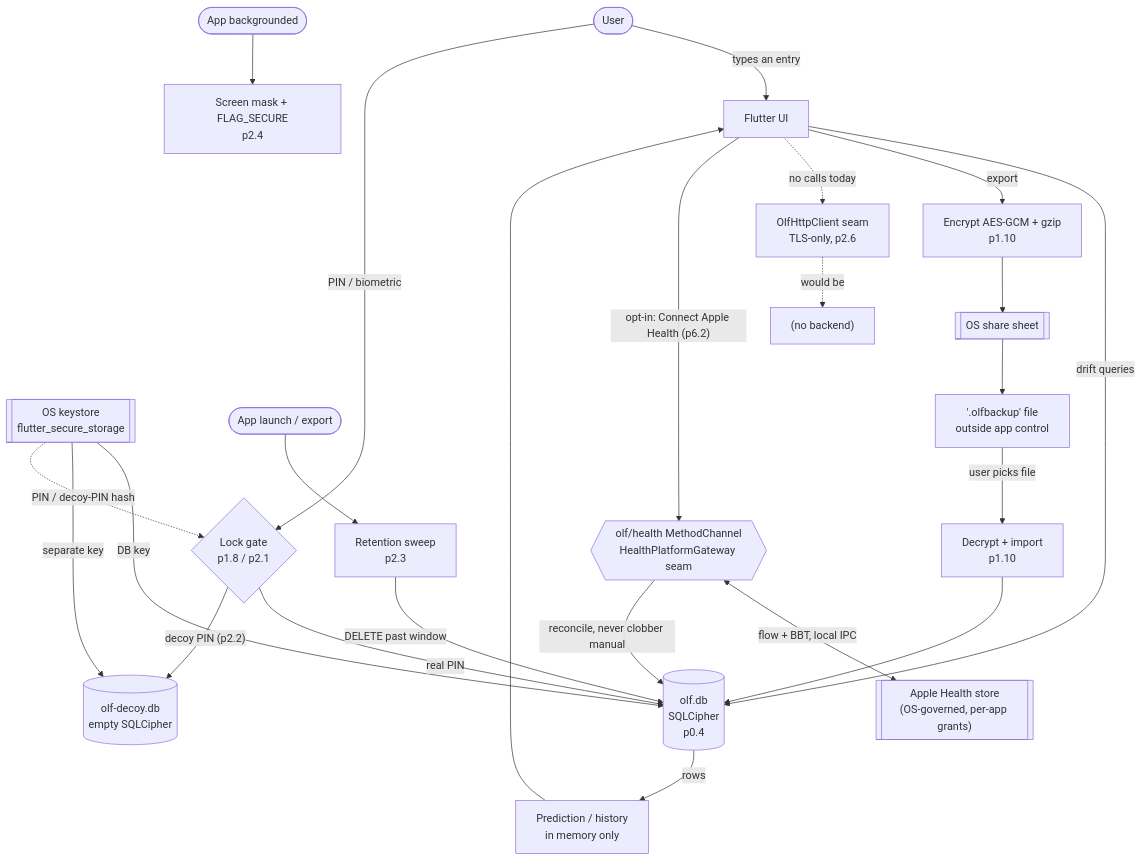
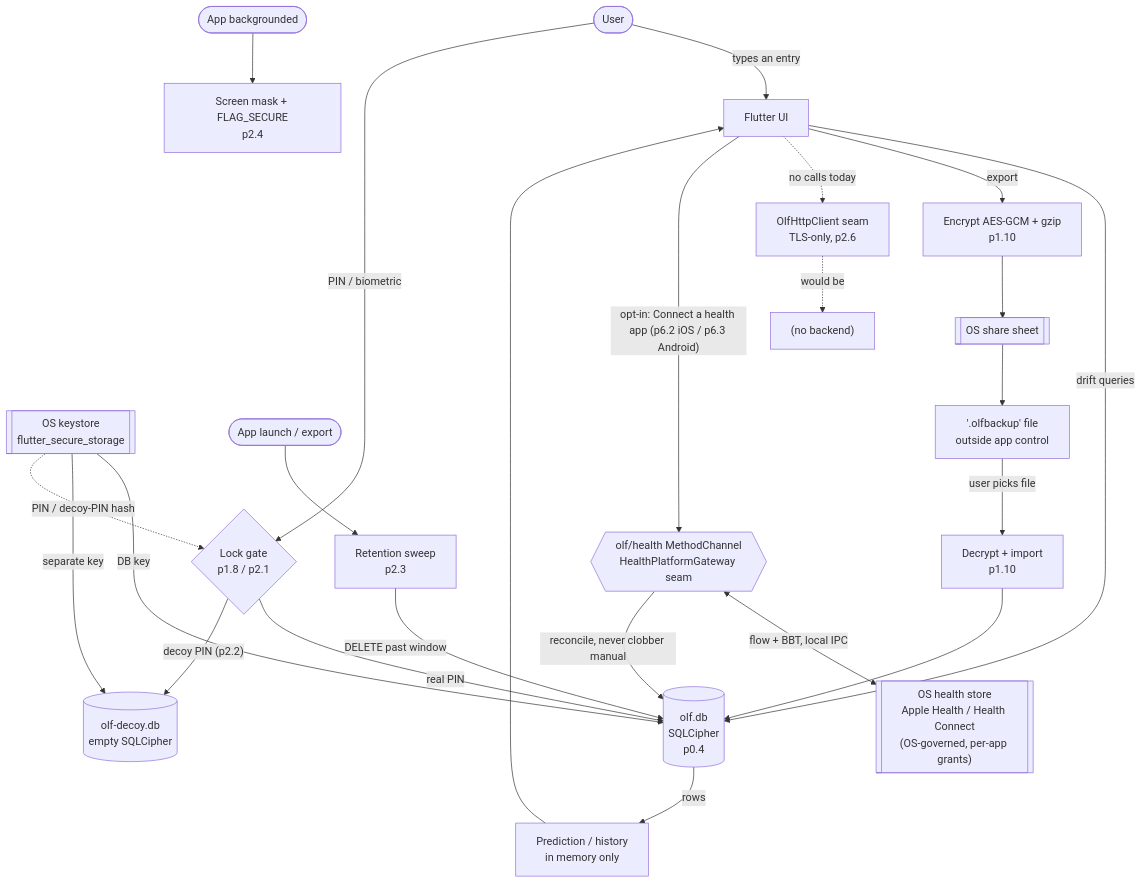
The diagram in docs/threat-model.md (Abbo0dio/olf), drawn with Mermaid before and after one commit. The commit also changed other lines of this file and 18 other files, not shown here.

First line of the commit message:
p6.3 — Android Health Connect gateway (#67)

````diff
--- a/docs/threat-model.md
+++ b/docs/threat-model.md
@@ -95,32 +104,32 @@
 ```mermaid
 flowchart TD
     User([User]) -->|types an entry| UI[Flutter UI]
     User -->|PIN / biometric| Gate{"Lock gate<br/>p1.8 / p2.1"}
     Gate -->|real PIN| RealVault[("olf.db<br/>SQLCipher<br/>p0.4")]
     Gate -->|"decoy PIN (p2.2)"| DecoyVault[("olf-decoy.db<br/>empty SQLCipher")]
 
     KS[["OS keystore<br/>flutter_secure_storage"]] -->|DB key| RealVault
     KS -->|separate key| DecoyVault
     KS -.->|PIN / decoy-PIN hash| Gate
 
     UI -->|drift queries| RealVault
     RealVault -->|rows| Derive["Prediction / history<br/>in memory only"]
     Derive --> UI
 
     Launch([App launch / export]) --> Sweep["Retention sweep<br/>p2.3"]
     Sweep -->|DELETE past window| RealVault
 
     UI -->|export| Enc["Encrypt AES-GCM + gzip<br/>p1.10"]
     Enc --> Save[[OS share sheet]]
     Save --> Outside["'.olfbackup' file<br/>outside app control"]
     Outside -->|user picks file| Dec["Decrypt + import<br/>p1.10"] --> RealVault
 
     Lifecycle([App backgrounded]) --> Mask["Screen mask + FLAG_SECURE<br/>p2.4"]
 
     UI -.->|no calls today| Net["OlfHttpClient seam<br/>TLS-only, p2.6"]
     Net -.->|would be| NoBackend["(no backend)"]
 
-    UI -->|"opt-in: Connect Apple Health (p6.2)"| HKBridge{{"olf/health MethodChannel<br/>HealthPlatformGateway seam"}}
-    HKBridge <-->|"flow + BBT, local IPC"| HealthStore[["Apple Health store<br/>(OS-governed, per-app grants)"]]
+    UI -->|"opt-in: Connect a health app (p6.2 iOS / p6.3 Android)"| HKBridge{{"olf/health MethodChannel<br/>HealthPlatformGateway seam"}}
+    HKBridge <-->|"flow + BBT, local IPC"| HealthStore[["OS health store<br/>Apple Health / Health Connect<br/>(OS-governed, per-app grants)"]]
     HKBridge -->|"reconcile, never clobber manual"| RealVault
 ```
````
